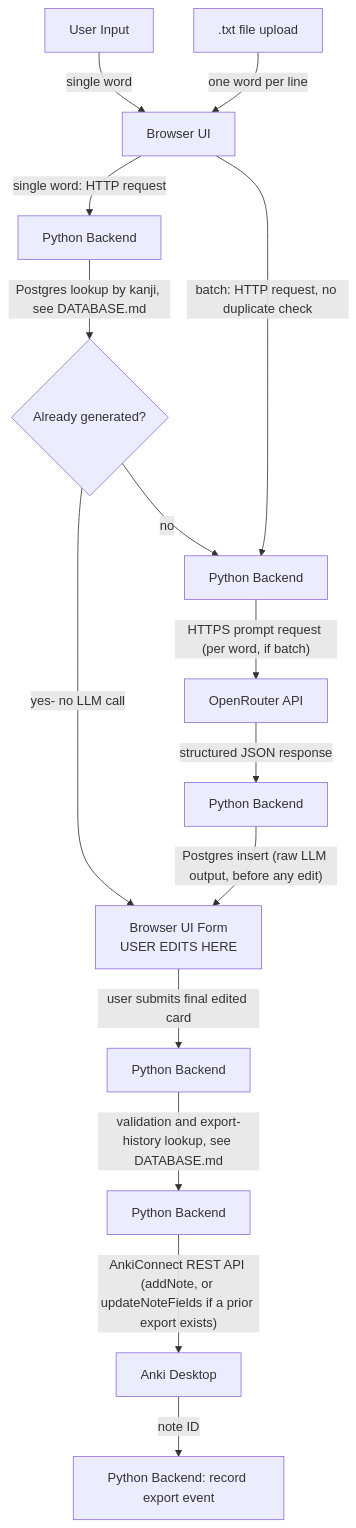
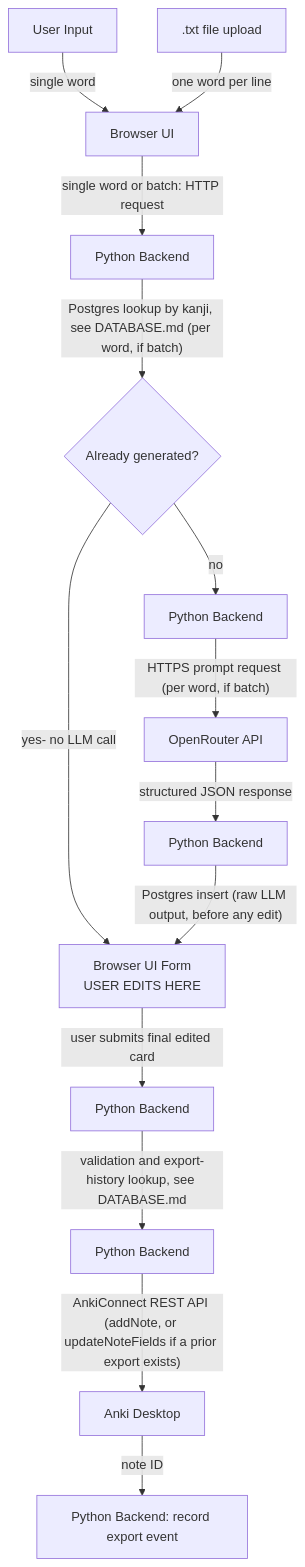
One commit to h3l333/anki-card-generator changed the diagram in ARCHITECTURE.md. Above: the diagram before and after it, drawn with Mermaid. The commit also changed other lines of this file and 9 other files, not shown here.

Commit message:
Add batch duplicate-check and full-field Anki export mode

````diff
--- a/ARCHITECTURE.md
+++ b/ARCHITECTURE.md
@@ -5,21 +5,19 @@
 ```mermaid
 flowchart TD
     UserInput[User Input] -->|single word| BrowserUI[Browser UI]
     BatchInput[".txt file upload"] -->|one word per line| BrowserUI
 
-    BrowserUI -->|"single word: HTTP request"| Lookup[Python Backend]
-    Lookup -->|"Postgres lookup by kanji, see DATABASE.md"| Duplicate{Already generated?}
+    BrowserUI -->|"single word or batch: HTTP request"| Lookup[Python Backend]
+    Lookup -->|"Postgres lookup by kanji, see DATABASE.md (per word, if batch)"| Duplicate{Already generated?}
     Duplicate -->|"yes- no LLM call"| ReviewForm["Browser UI Form<br/>USER EDITS HERE"]
     Duplicate -->|no| Generate[Python Backend]
-
-    BrowserUI -->|"batch: HTTP request, no duplicate check"| Generate
 
     Generate -->|"HTTPS prompt request (per word, if batch)"| OpenRouter[OpenRouter API]
     OpenRouter -->|structured JSON response| Persist[Python Backend]
     Persist -->|"Postgres insert (raw LLM output, before any edit)"| ReviewForm
 
     ReviewForm -->|user submits final edited card| Validate[Python Backend]
     Validate -->|"validation and export-history lookup, see DATABASE.md"| Export[Python Backend]
     Export -->|"AnkiConnect REST API (addNote, or updateNoteFields if a prior export exists)"| Anki[Anki Desktop]
     Anki -->|note ID| Record["Python Backend: record export event"]
 ```
````
